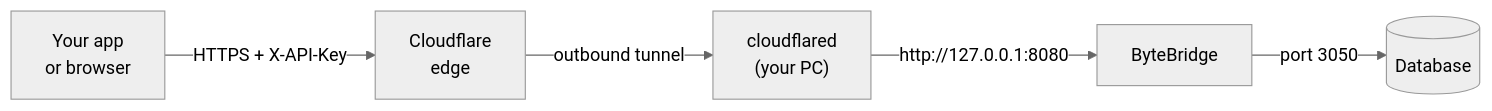
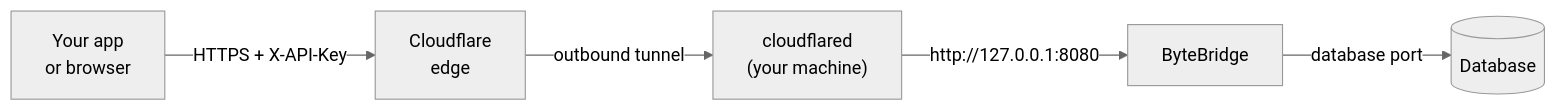
The diagram in README.md (kenanwahbeh/ByteBridge), drawn with Mermaid (neutral theme) before and after one commit. The commit also changed other lines of this file, not shown here.

````diff
--- a/README.md
+++ b/README.md
@@ -14,7 +17,7 @@
 ```mermaid
 flowchart LR
     C["Your app<br/>or browser"] -->|"HTTPS + X-API-Key"| E["Cloudflare<br/>edge"]
-    E -->|"outbound tunnel"| D["cloudflared<br/>(your PC)"]
+    E -->|"outbound tunnel"| D["cloudflared<br/>(your machine)"]
     D -->|"http://127.0.0.1:8080"| G["ByteBridge"]
-    G -->|"port 3050"| F[("Database")]
+    G -->|"database port"| F[("Database")]
 ```
````
